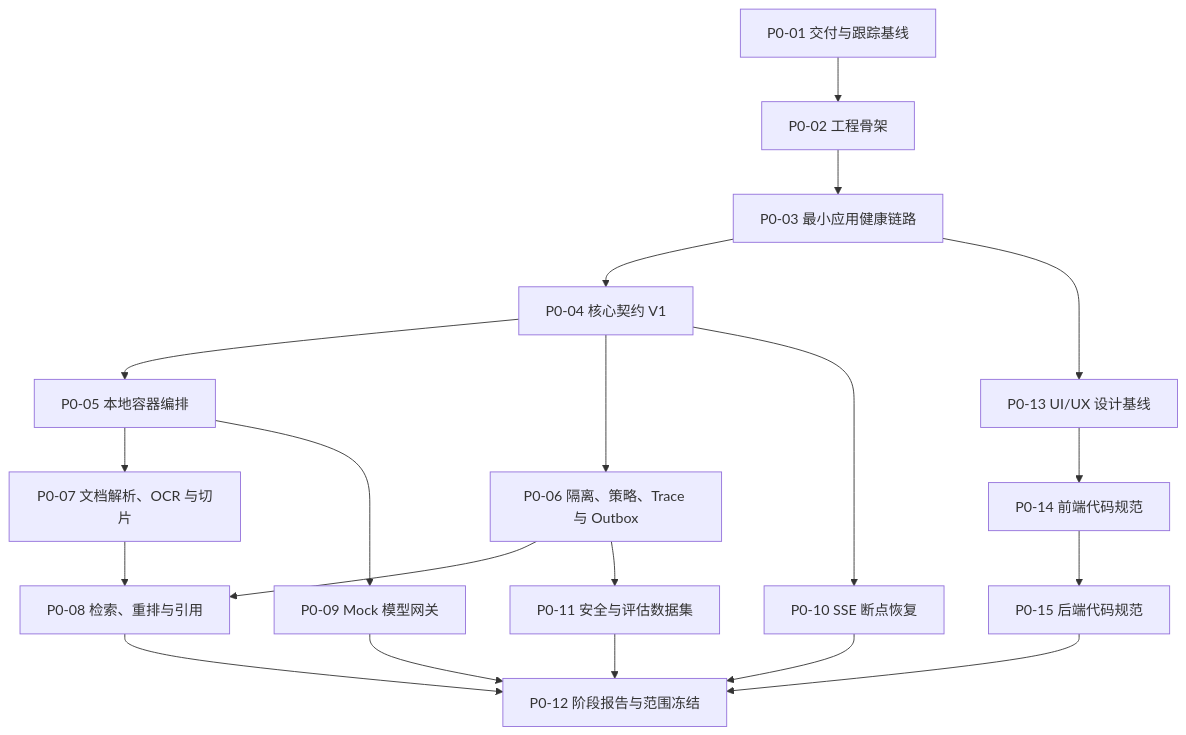
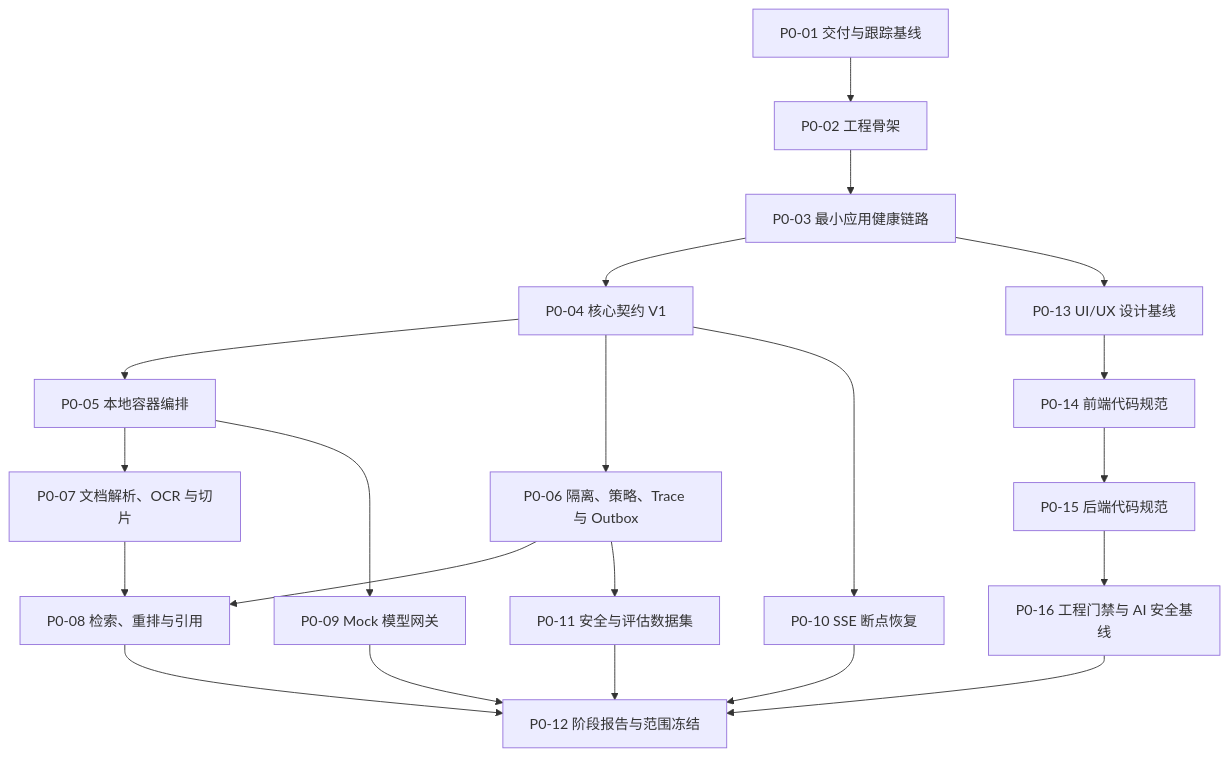
One commit to chengit16/AI changed the diagram in docs/stages/stage-0-plan.md. Above: the diagram before and after it, drawn with Mermaid. The commit also changed other lines of this file and 24 other files, not shown here.

````diff
--- a/docs/stages/stage-0-plan.md
+++ b/docs/stages/stage-0-plan.md
@@ -9,22 +9,23 @@
 ```mermaid
 flowchart TD
     P001["P0-01 交付与跟踪基线"] --> P002["P0-02 工程骨架"]
     P002 --> P003["P0-03 最小应用健康链路"]
     P003 --> P004["P0-04 核心契约 V1"]
     P004 --> P005["P0-05 本地容器编排"]
     P004 --> P006["P0-06 隔离、策略、Trace 与 Outbox"]
     P005 --> P007["P0-07 文档解析、OCR 与切片"]
     P006 --> P008["P0-08 检索、重排与引用"]
     P007 --> P008
     P005 --> P009["P0-09 Mock 模型网关"]
     P004 --> P010["P0-10 SSE 断点恢复"]
     P006 --> P011["P0-11 安全与评估数据集"]
     P008 --> P012["P0-12 阶段报告与范围冻结"]
     P003 --> P013["P0-13 UI/UX 设计基线"]
     P013 --> P014["P0-14 前端代码规范"]
     P014 --> P015["P0-15 后端代码规范"]
-    P015 --> P012
+    P015 --> P016["P0-16 工程门禁与 AI 安全基线"]
+    P016 --> P012
     P009 --> P012
     P010 --> P012
     P011 --> P012
 ```
````
